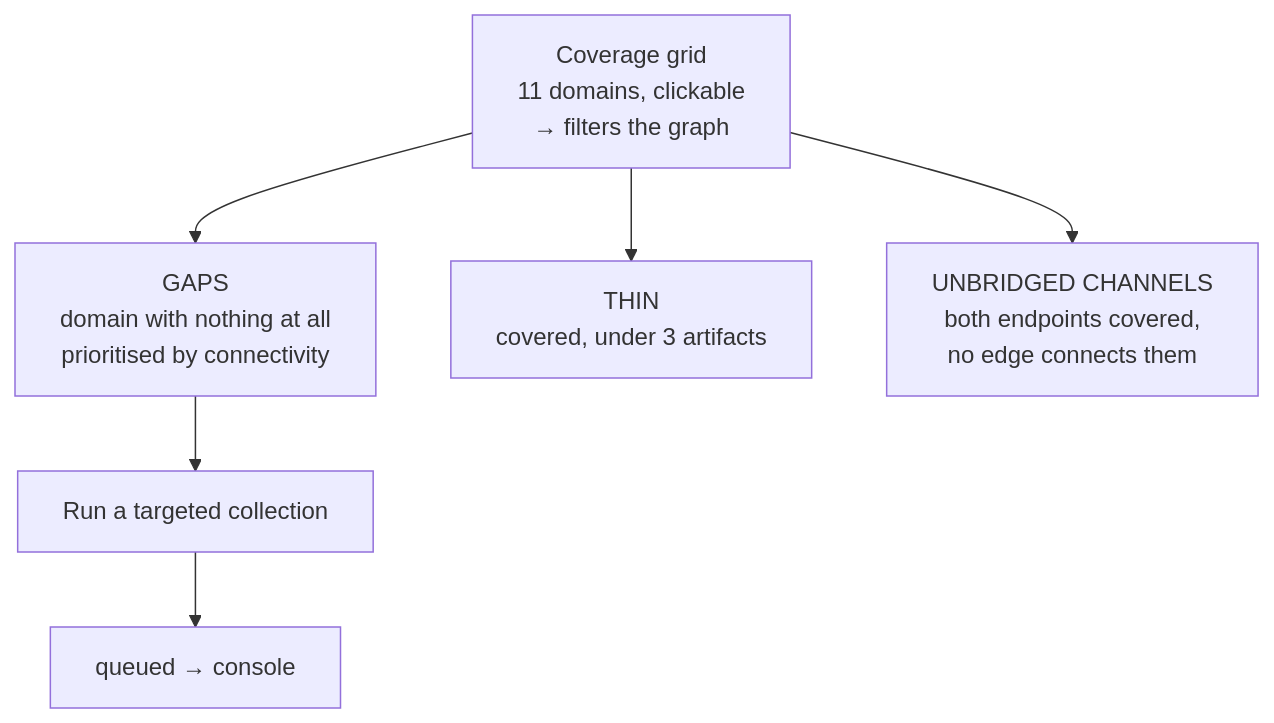
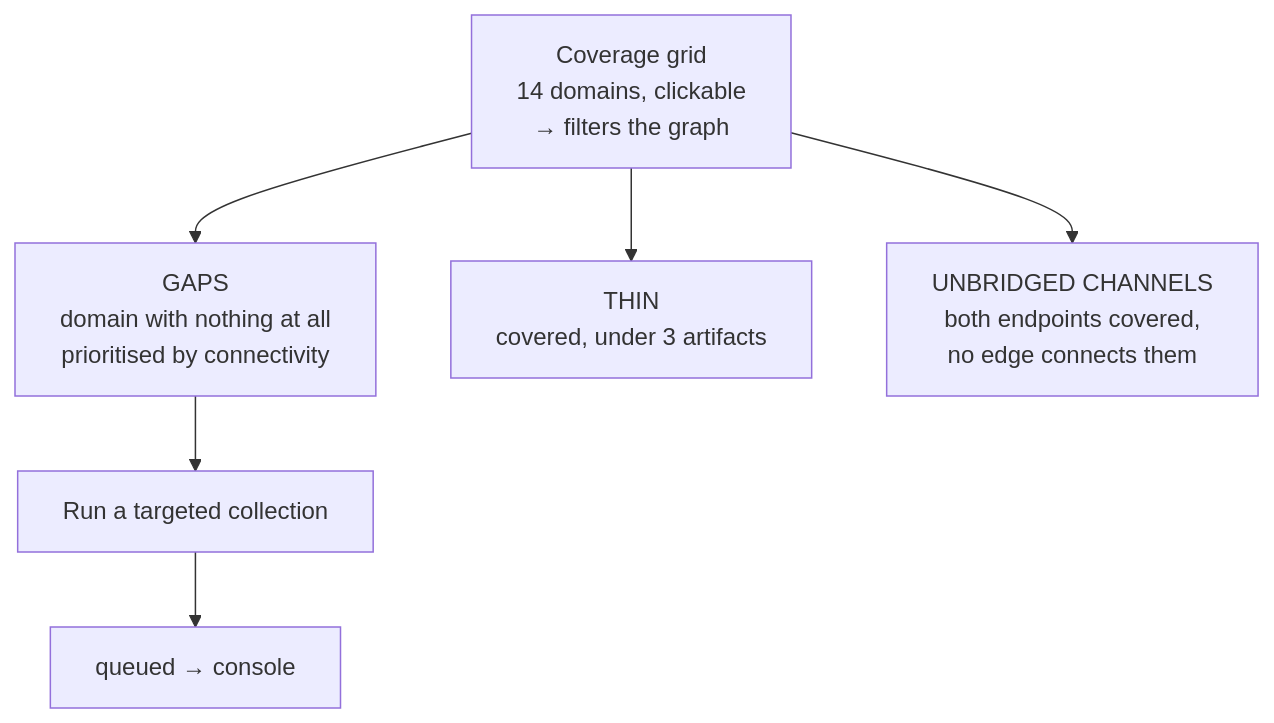
The fourth of 6 diagrams in design/ui-interaction.md (harishgovardhandamodar/Economics-Study), drawn with Mermaid before and after one commit. The commit also changed other lines of this file and 10 other files, not shown here.

````diff
--- a/design/ui-interaction.md
+++ b/design/ui-interaction.md
@@ -98,9 +98,9 @@
 ```mermaid
 flowchart TB
-    COV["Coverage grid<br/>11 domains, clickable<br/>→ filters the graph"]
+    COV["Coverage grid<br/>14 domains, clickable<br/>→ filters the graph"]
     COV --> GAPS["GAPS<br/>domain with nothing at all<br/>prioritised by connectivity"]
     COV --> THIN["THIN<br/>covered, under 3 artifacts"]
     COV --> UNB["UNBRIDGED CHANNELS<br/>both endpoints covered,<br/>no edge connects them"]
     GAPS --> RUN["Run a targeted collection"]
     RUN --> CONSOLE["queued → console"]
 ```
````
